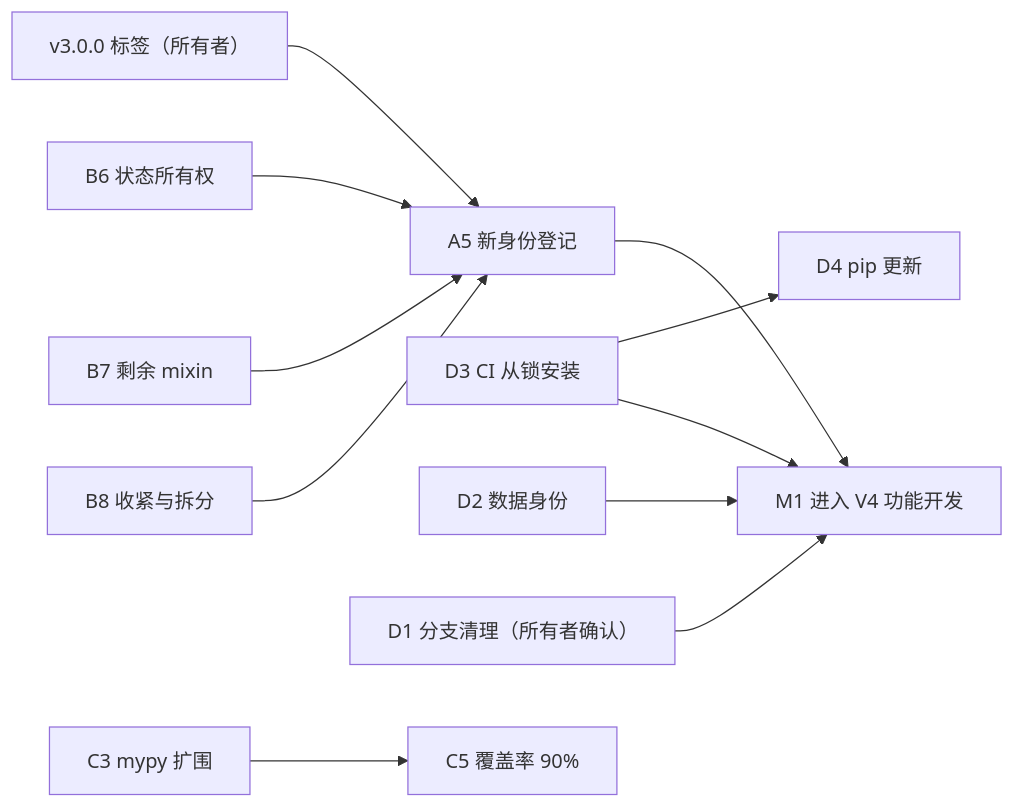
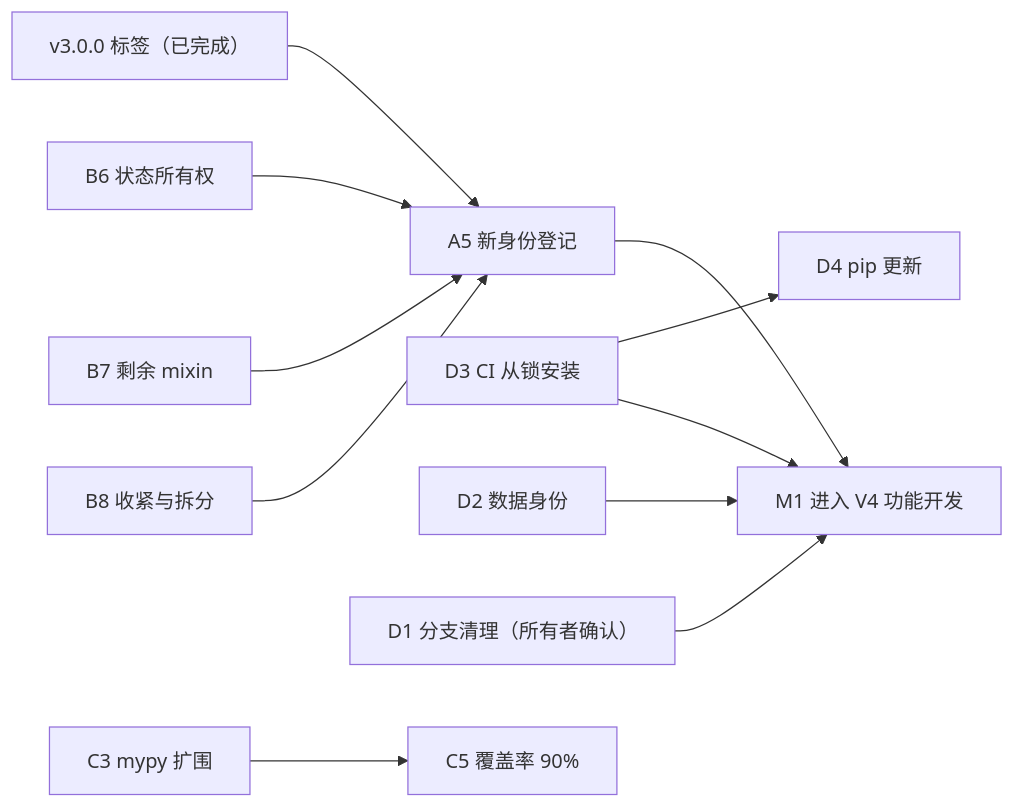
One commit to user-nmmmmm/QuantTradingV2 changed the diagram in docs/infrastructure_roadmap.md. Above: the diagram before and after it, drawn with Mermaid. The commit also changed other lines of this file, not shown here.

Commit message:
docs: v3.0.0 is tagged; update the roadmap status

````diff
--- a/docs/infrastructure_roadmap.md
+++ b/docs/infrastructure_roadmap.md
@@ -134,13 +134,13 @@
 ```mermaid
 flowchart LR
-  TAG["v3.0.0 标签（所有者）"] --> A5["A5 新身份登记"]
+  TAG["v3.0.0 标签（已完成）"] --> A5["A5 新身份登记"]
   B6["B6 状态所有权"] --> A5
   B7["B7 剩余 mixin"] --> A5
   B8["B8 收紧与拆分"] --> A5
   D3["D3 CI 从锁安装"] --> D4["D4 pip 更新"]
   D2["D2 数据身份"] --> M1["M1 进入 V4 功能开发"]
   D3 --> M1
   A5 --> M1
   D1["D1 分支清理（所有者确认）"] --> M1
   C3["C3 mypy 扩围"] --> C5["C5 覆盖率 90%"]
 ```
````
